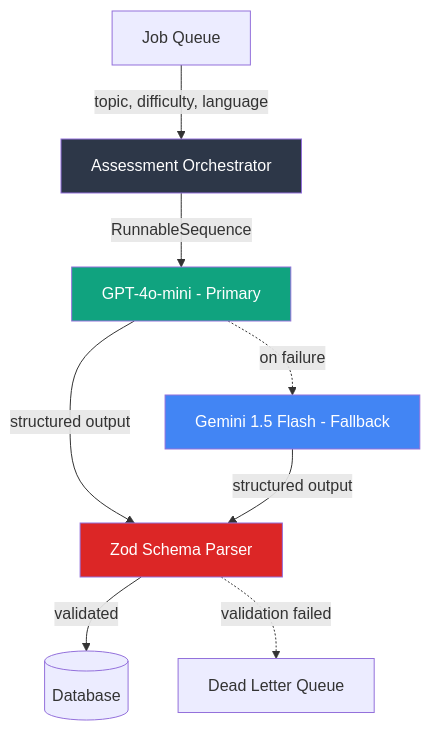
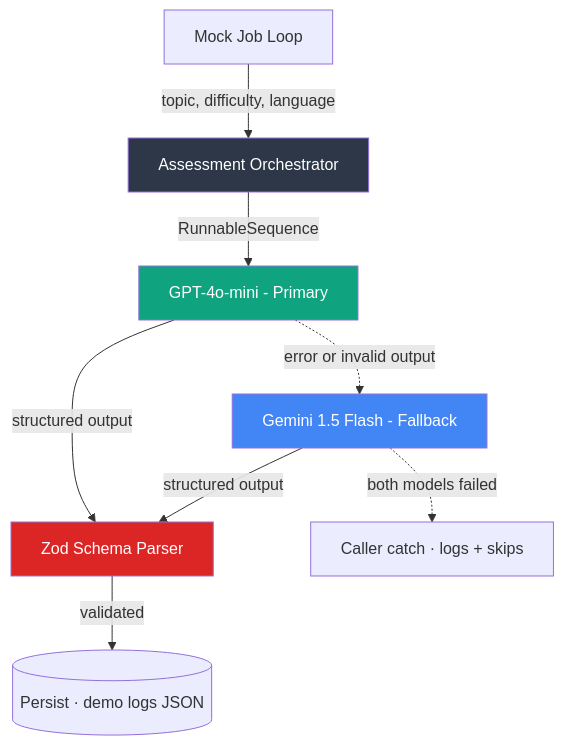
Before and after one commit to sudhanshu1402/llm-assessment-pipeline: the diagram in README.md, drawn with Mermaid. The commit also changed other lines of this file and 2 other files, not shown here.

Commit message:
Right-size claims, fix defects, add tests

````diff
--- a/README.md
+++ b/README.md
@@ -15,15 +17,15 @@
 ```mermaid
 graph TB
-    Queue[Job Queue] -->|topic, difficulty, language| Orchestrator[Assessment Orchestrator]
+    Queue[Mock Job Loop] -->|topic, difficulty, language| Orchestrator[Assessment Orchestrator]
     Orchestrator -->|RunnableSequence| Primary[GPT-4o-mini - Primary]
     Primary -->|structured output| Parser[Zod Schema Parser]
-    Primary -.->|on failure| Fallback[Gemini 1.5 Flash - Fallback]
+    Primary -.->|error or invalid output| Fallback[Gemini 1.5 Flash - Fallback]
     Fallback -->|structured output| Parser
-    Parser -->|validated| DB[(Database)]
-    Parser -.->|validation failed| DLQ[Dead Letter Queue]
+    Parser -->|validated| DB[(Persist · demo logs JSON)]
+    Fallback -.->|both models failed| Caller[Caller catch · logs + skips]
 
     style Orchestrator fill:#2d3748,color:#fff
     style Primary fill:#10a37f,color:#fff
     style Fallback fill:#4285f4,color:#fff
     style Parser fill:#dc2626,color:#fff
 ```
````
